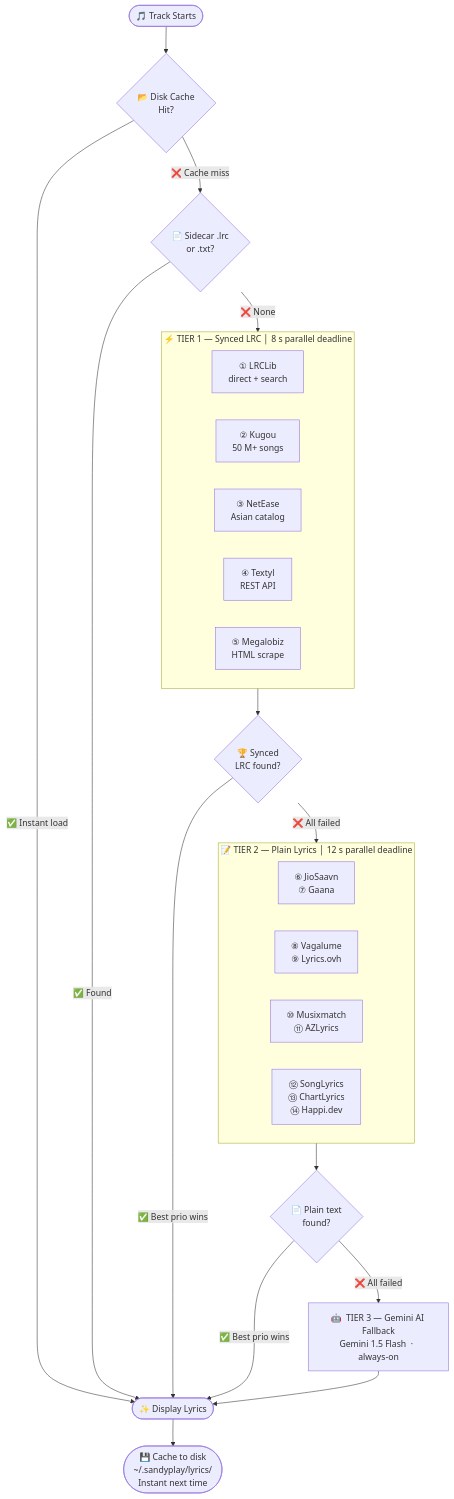
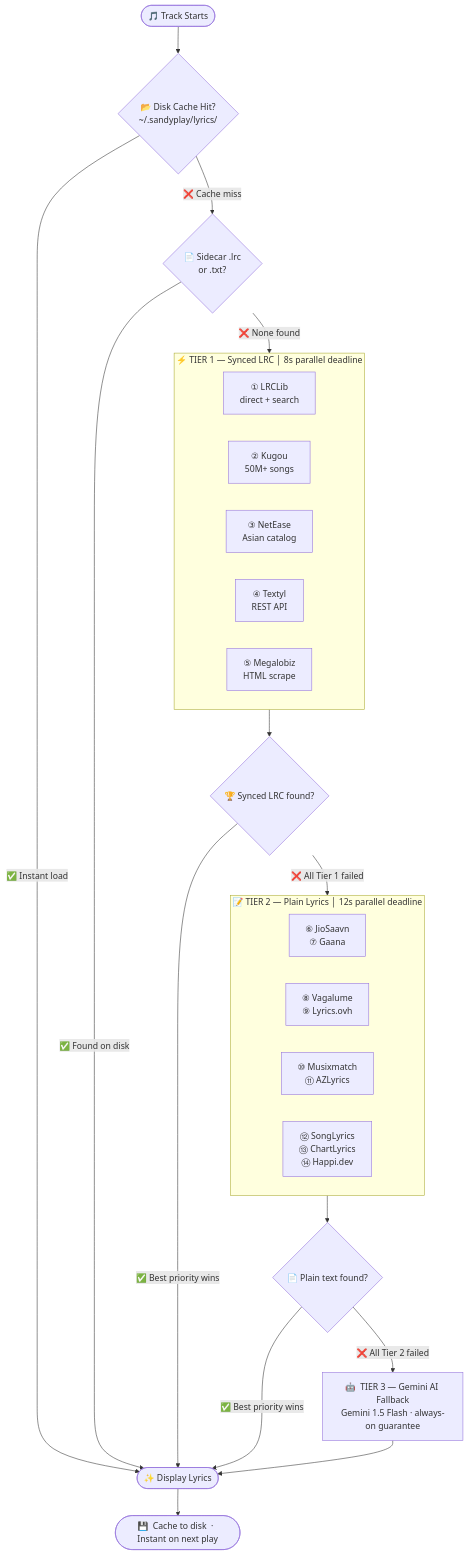
The first of 2 diagrams in README.md (sandytalks/SANDYPLAY), drawn with Mermaid before and after one commit. The commit also changed other lines of this file, not shown here.

````diff
--- a/README.md
+++ b/README.md
@@ -293,33 +383,33 @@
 ```mermaid
 flowchart TD
-    A(["🎵  Track Starts"]) --> B{"📂  Disk Cache\nHit?"}
+    A(["🎵  Track Starts"]) --> B{"📂  Disk Cache Hit?\n~/.sandyplay/lyrics/"}
     B -- "✅  Instant load" --> Z(["✨  Display Lyrics"])
     B -- "❌  Cache miss" --> C{"📄  Sidecar .lrc\nor .txt?"}
-    C -- "✅  Found" --> Z
-    C -- "❌  None" --> D
+    C -- "✅  Found on disk" --> Z
+    C -- "❌  None found" --> D
 
-    subgraph D["⚡  TIER 1 — Synced LRC  │  8 s parallel deadline"]
+    subgraph D["⚡  TIER 1 — Synced LRC  │  8s parallel deadline"]
         D1["① LRCLib\ndirect + search"]
-        D2["② Kugou\n50 M+ songs"]
+        D2["② Kugou\n50M+ songs"]
         D3["③ NetEase\nAsian catalog"]
         D4["④ Textyl\nREST API"]
         D5["⑤ Megalobiz\nHTML scrape"]
     end
 
-    D --> E{"🏆  Synced\nLRC found?"}
-    E -- "✅  Best prio wins" --> Z
-    E -- "❌  All failed" --> F
+    D --> E{"🏆  Synced LRC found?"}
+    E -- "✅  Best priority wins" --> Z
+    E -- "❌  All Tier 1 failed" --> F
 
-    subgraph F["📝  TIER 2 — Plain Lyrics  │  12 s parallel deadline"]
+    subgraph F["📝  TIER 2 — Plain Lyrics  │  12s parallel deadline"]
         F1["⑥ JioSaavn\n⑦ Gaana"]
         F2["⑧ Vagalume\n⑨ Lyrics.ovh"]
         F3["⑩ Musixmatch\n⑪ AZLyrics"]
         F4["⑫ SongLyrics\n⑬ ChartLyrics\n⑭ Happi.dev"]
     end
 
-    F --> G{"📄  Plain text\nfound?"}
-    G -- "✅  Best prio wins" --> Z
-    G -- "❌  All failed" --> H["🤖  TIER 3 — Gemini AI Fallback\nGemini 1.5 Flash  ·  always-on"]
+    F --> G{"📄  Plain text found?"}
+    G -- "✅  Best priority wins" --> Z
+    G -- "❌  All Tier 2 failed" --> H["🤖  TIER 3 — Gemini AI Fallback\nGemini 1.5 Flash · always-on guarantee"]
     H --> Z
-    Z --> I(["💾  Cache to disk\n~/.sandyplay/lyrics/\nInstant next time"])
+    Z --> I(["💾  Cache to disk  ·  Instant on next play"])
 ```
````
